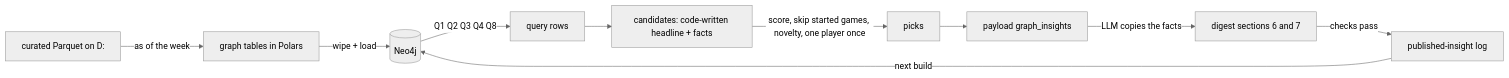
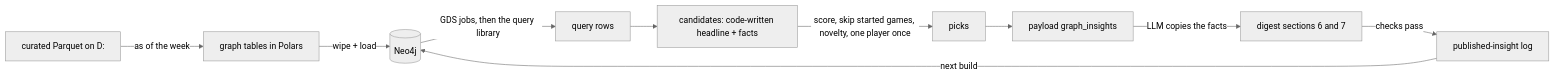
One commit to RishiJain905/NFL-ML-AI changed the diagram in documentation/guides/knowledge-graph.md. Above: the diagram before and after it, drawn with Mermaid (neutral theme). The commit also changed other lines of this file and 93 other files, not shown here.

````diff
--- a/documentation/guides/knowledge-graph.md
+++ b/documentation/guides/knowledge-graph.md
@@ -229,12 +283,12 @@
 ```mermaid
 flowchart LR
     A[curated Parquet on D:] -->|as of the week| B[graph tables in Polars]
     B -->|wipe + load| C[(Neo4j)]
-    C -->|Q1 Q2 Q3 Q4 Q8| D[query rows]
+    C -->|GDS jobs, then the query library| D[query rows]
     D --> E[candidates: code-written headline + facts]
     E -->|score, skip started games, novelty, one player once| F[picks]
     F --> G[payload graph_insights]
     G -->|LLM copies the facts| H[digest sections 6 and 7]
     H -->|checks pass| I[published-insight log]
     I -->|next build| C
 ```
````
